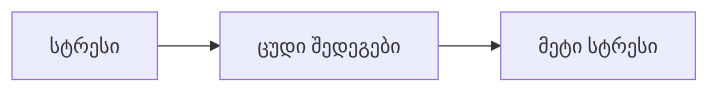
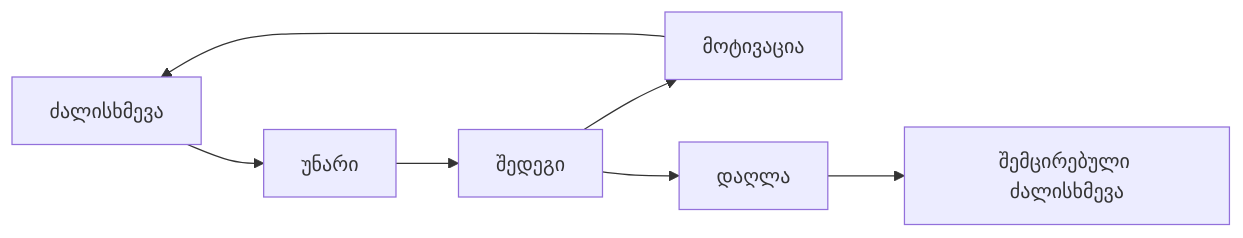
One commit to DavidTbilisi/BookSummary changed the seventh of 25 diagrams in books/src/007.md. Above: the diagram before and after it, drawn with Mermaid. The commit also changed other lines of this file and 10 other files, not shown here.

````diff
--- a/books/src/007.md
+++ b/books/src/007.md
@@ -99,5 +133,5 @@
 ```mermaid
 flowchart LR
-  Stress[სტრესი] --> PoorPerformance[ცუდი შედეგები]
-  PoorPerformance --> MoreStress[მეტი სტრესი]
+  Effort[ძალისხმევა] --> Skill[უნარი] --> Results[შედეგი] --> Motivation[მოტივაცია] --> Effort
+  Results --> Fatigue[დაღლა] --> ReducedEffort[შემცირებული ძალისხმევა]
 ```
````
